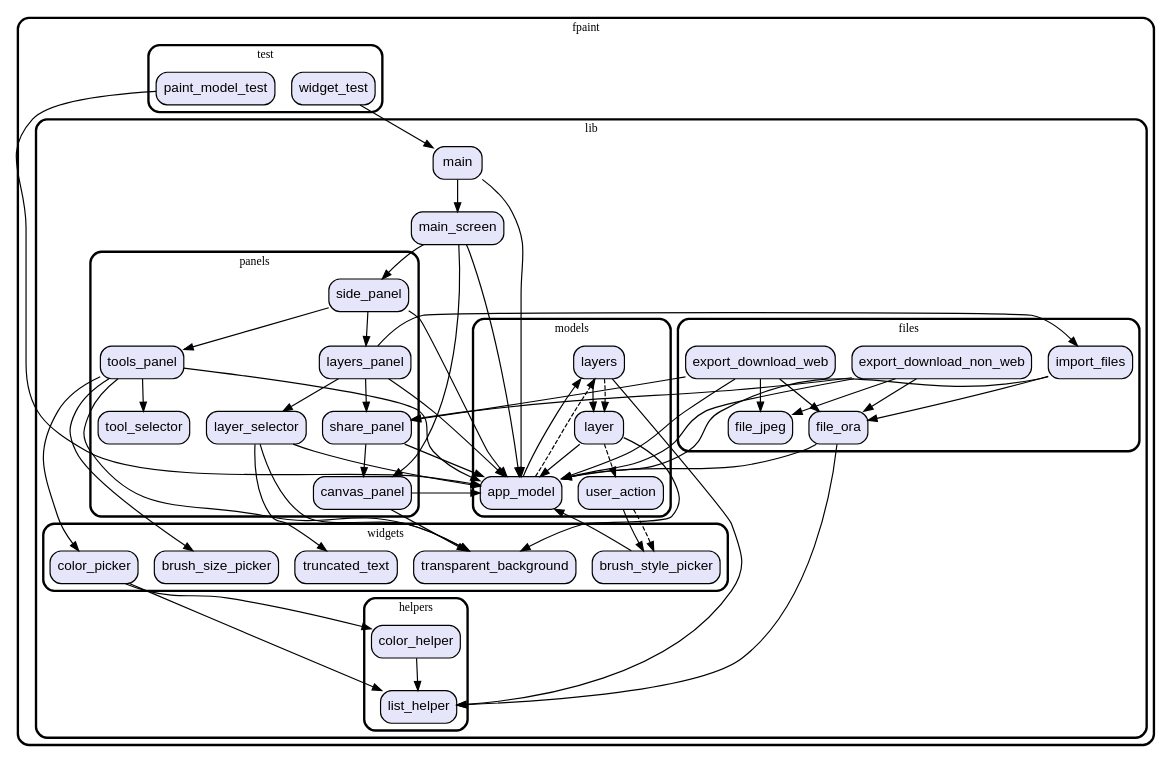
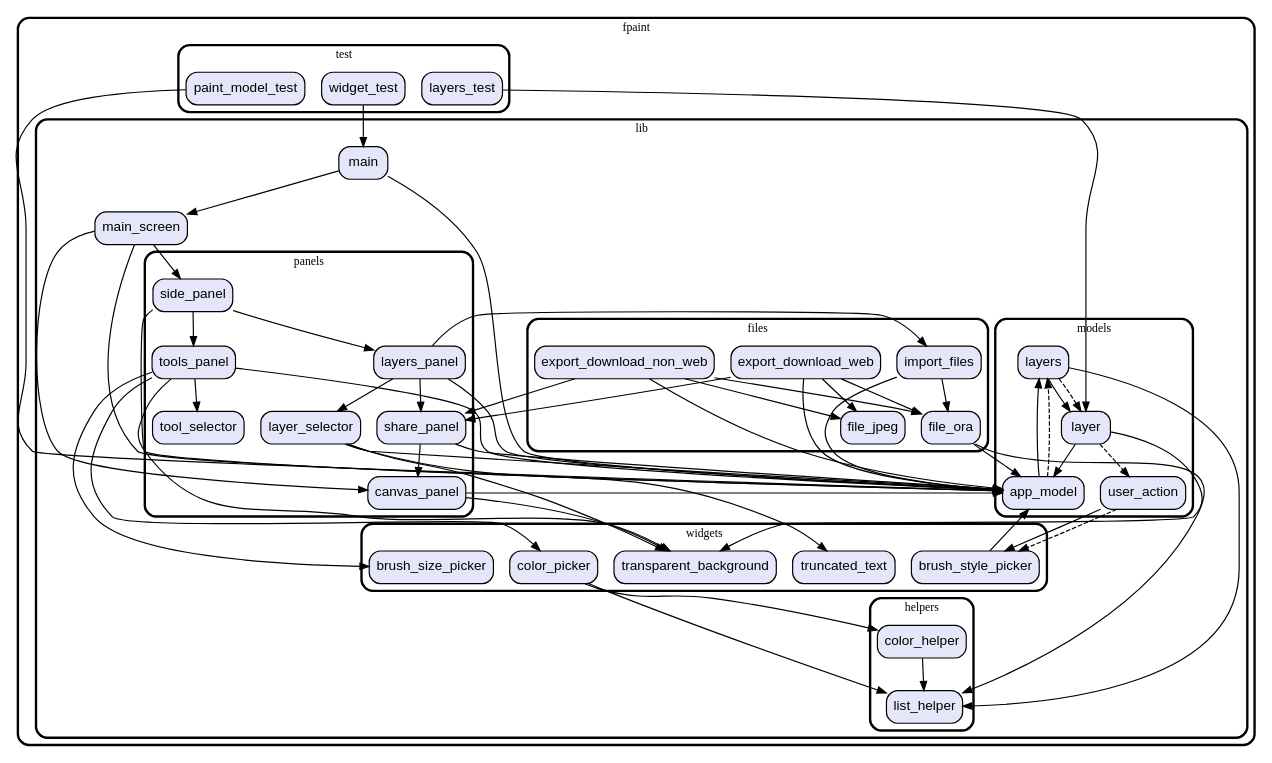
The diagram in graph.dot (vteam-com/fPaint), drawn with Graphviz before and after one commit. The commit also changed 3 other files, not shown here.

```diff
--- a/graph.dot
+++ b/graph.dot
@@ -1,135 +1,138 @@
 digraph "" {
   graph [style=rounded fontname="Arial Black" fontsize=13 penwidth=2.6];
   node [shape=rect style="filled,rounded" fontname=Arial fontsize=15 fillcolor=Lavender penwidth=1.3];
   edge [penwidth=1.3];
   "/test/paint_model_test.dart" [label="paint_model_test"];
   "/test/widget_test.dart" [label="widget_test"];
+  "/test/layers_test.dart" [label="layers_test"];
   "/lib/panels/tool_selector.dart" [label="tool_selector"];
   "/lib/panels/canvas_panel.dart" [label="canvas_panel"];
   "/lib/panels/layer_selector.dart" [label="layer_selector"];
   "/lib/panels/side_panel.dart" [label="side_panel"];
   "/lib/panels/share_panel.dart" [label="share_panel"];
   "/lib/panels/tools_panel.dart" [label="tools_panel"];
   "/lib/panels/layers_panel.dart" [label="layers_panel"];
   "/lib/models/layers.dart" [label="layers"];
   "/lib/models/user_action.dart" [label="user_action"];
   "/lib/models/app_model.dart" [label="app_model"];
   "/lib/models/layer.dart" [label="layer"];
   "/lib/main.dart" [label="main"];
   "/lib/files/file_jpeg.dart" [label="file_jpeg"];
   "/lib/files/export_download_web.dart" [label="export_download_web"];
   "/lib/files/file_ora.dart" [label="file_ora"];
   "/lib/files/export_download_non_web.dart" [label="export_download_non_web"];
   "/lib/files/import_files.dart" [label="import_files"];
   "/lib/main_screen.dart" [label="main_screen"];
   "/lib/helpers/list_helper.dart" [label="list_helper"];
   "/lib/helpers/color_helper.dart" [label="color_helper"];
   "/lib/widgets/truncated_text.dart" [label="truncated_text"];
   "/lib/widgets/brush_size_picker.dart" [label="brush_size_picker"];
   "/lib/widgets/transparent_background.dart" [label="transparent_background"];
   "/lib/widgets/brush_style_picker.dart" [label="brush_style_picker"];
   "/lib/widgets/color_picker.dart" [label="color_picker"];
   subgraph "cluster~" {
     label="fpaint";
     subgraph "cluster~/test" {
       label="test";
       "/test/paint_model_test.dart";
       "/test/widget_test.dart";
+      "/test/layers_test.dart";
     }
     subgraph "cluster~/lib" {
       label="lib";
       "/lib/main.dart";
       "/lib/main_screen.dart";
       subgraph "cluster~/lib/panels" {
         label="panels";
         "/lib/panels/tool_selector.dart";
         "/lib/panels/canvas_panel.dart";
         "/lib/panels/layer_selector.dart";
         "/lib/panels/side_panel.dart";
         "/lib/panels/share_panel.dart";
         "/lib/panels/tools_panel.dart";
         "/lib/panels/layers_panel.dart";
       }
       subgraph "cluster~/lib/models" {
         label="models";
         "/lib/models/layers.dart";
         "/lib/models/user_action.dart";
         "/lib/models/app_model.dart";
         "/lib/models/layer.dart";
       }
       subgraph "cluster~/lib/files" {
         label="files";
         "/lib/files/file_jpeg.dart";
         "/lib/files/export_download_web.dart";
         "/lib/files/file_ora.dart";
         "/lib/files/export_download_non_web.dart";
         "/lib/files/import_files.dart";
       }
       subgraph "cluster~/lib/helpers" {
         label="helpers";
         "/lib/helpers/list_helper.dart";
         "/lib/helpers/color_helper.dart";
       }
       subgraph "cluster~/lib/widgets" {
         label="widgets";
         "/lib/widgets/truncated_text.dart";
         "/lib/widgets/brush_size_picker.dart";
         "/lib/widgets/transparent_background.dart";
         "/lib/widgets/brush_style_picker.dart";
         "/lib/widgets/color_picker.dart";
       }
     }
   }
   "/test/paint_model_test.dart" -> "/lib/models/app_model.dart";
   "/test/widget_test.dart" -> "/lib/main.dart";
+  "/test/layers_test.dart" -> "/lib/models/layer.dart";
   "/lib/panels/canvas_panel.dart" -> "/lib/models/app_model.dart";
   "/lib/panels/canvas_panel.dart" -> "/lib/widgets/transparent_background.dart";
   "/lib/panels/layer_selector.dart" -> "/lib/models/app_model.dart";
   "/lib/panels/layer_selector.dart" -> "/lib/widgets/transparent_background.dart";
   "/lib/panels/layer_selector.dart" -> "/lib/widgets/truncated_text.dart";
   "/lib/panels/side_panel.dart" -> "/lib/models/app_model.dart";
   "/lib/panels/side_panel.dart" -> "/lib/panels/layers_panel.dart";
   "/lib/panels/side_panel.dart" -> "/lib/panels/tools_panel.dart";
   "/lib/panels/share_panel.dart" -> "/lib/models/app_model.dart";
   "/lib/panels/share_panel.dart" -> "/lib/panels/canvas_panel.dart";
   "/lib/panels/tools_panel.dart" -> "/lib/models/app_model.dart";
   "/lib/panels/tools_panel.dart" -> "/lib/panels/tool_selector.dart";
   "/lib/panels/tools_panel.dart" -> "/lib/widgets/brush_size_picker.dart";
   "/lib/panels/tools_panel.dart" -> "/lib/widgets/color_picker.dart";
   "/lib/panels/tools_panel.dart" -> "/lib/widgets/transparent_background.dart";
   "/lib/panels/layers_panel.dart" -> "/lib/files/import_files.dart";
   "/lib/panels/layers_panel.dart" -> "/lib/models/app_model.dart";
   "/lib/panels/layers_panel.dart" -> "/lib/panels/layer_selector.dart";
   "/lib/panels/layers_panel.dart" -> "/lib/panels/share_panel.dart";
   "/lib/models/layers.dart" -> "/lib/helpers/list_helper.dart";
   "/lib/models/layers.dart" -> "/lib/models/layer.dart";
   "/lib/models/layers.dart" -> "/lib/models/layer.dart" [style=dashed];
   "/lib/models/user_action.dart" -> "/lib/widgets/brush_style_picker.dart";
   "/lib/models/user_action.dart" -> "/lib/widgets/brush_style_picker.dart" [style=dashed];
   "/lib/models/app_model.dart" -> "/lib/models/layers.dart";
   "/lib/models/app_model.dart" -> "/lib/models/layers.dart" [style=dashed];
   "/lib/models/layer.dart" -> "/lib/models/app_model.dart";
   "/lib/models/layer.dart" -> "/lib/widgets/transparent_background.dart";
   "/lib/models/layer.dart" -> "/lib/models/user_action.dart" [style=dashed];
   "/lib/main.dart" -> "/lib/main_screen.dart";
   "/lib/main.dart" -> "/lib/models/app_model.dart";
   "/lib/files/export_download_web.dart" -> "/lib/files/file_jpeg.dart";
   "/lib/files/export_download_web.dart" -> "/lib/files/file_ora.dart";
   "/lib/files/export_download_web.dart" -> "/lib/models/app_model.dart";
   "/lib/files/export_download_web.dart" -> "/lib/panels/share_panel.dart";
   "/lib/files/file_ora.dart" -> "/lib/helpers/list_helper.dart";
   "/lib/files/file_ora.dart" -> "/lib/models/app_model.dart";
   "/lib/files/export_download_non_web.dart" -> "/lib/files/file_jpeg.dart";
   "/lib/files/export_download_non_web.dart" -> "/lib/files/file_ora.dart";
   "/lib/files/export_download_non_web.dart" -> "/lib/models/app_model.dart";
   "/lib/files/export_download_non_web.dart" -> "/lib/panels/share_panel.dart";
   "/lib/files/import_files.dart" -> "/lib/files/file_ora.dart";
   "/lib/files/import_files.dart" -> "/lib/models/app_model.dart";
   "/lib/main_screen.dart" -> "/lib/panels/canvas_panel.dart";
   "/lib/main_screen.dart" -> "/lib/panels/side_panel.dart";
   "/lib/main_screen.dart" -> "/lib/models/app_model.dart";
   "/lib/helpers/color_helper.dart" -> "/lib/helpers/list_helper.dart";
   "/lib/widgets/brush_style_picker.dart" -> "/lib/models/app_model.dart";
   "/lib/widgets/color_picker.dart" -> "/lib/helpers/color_helper.dart";
   "/lib/widgets/color_picker.dart" -> "/lib/helpers/list_helper.dart";
 }
```
